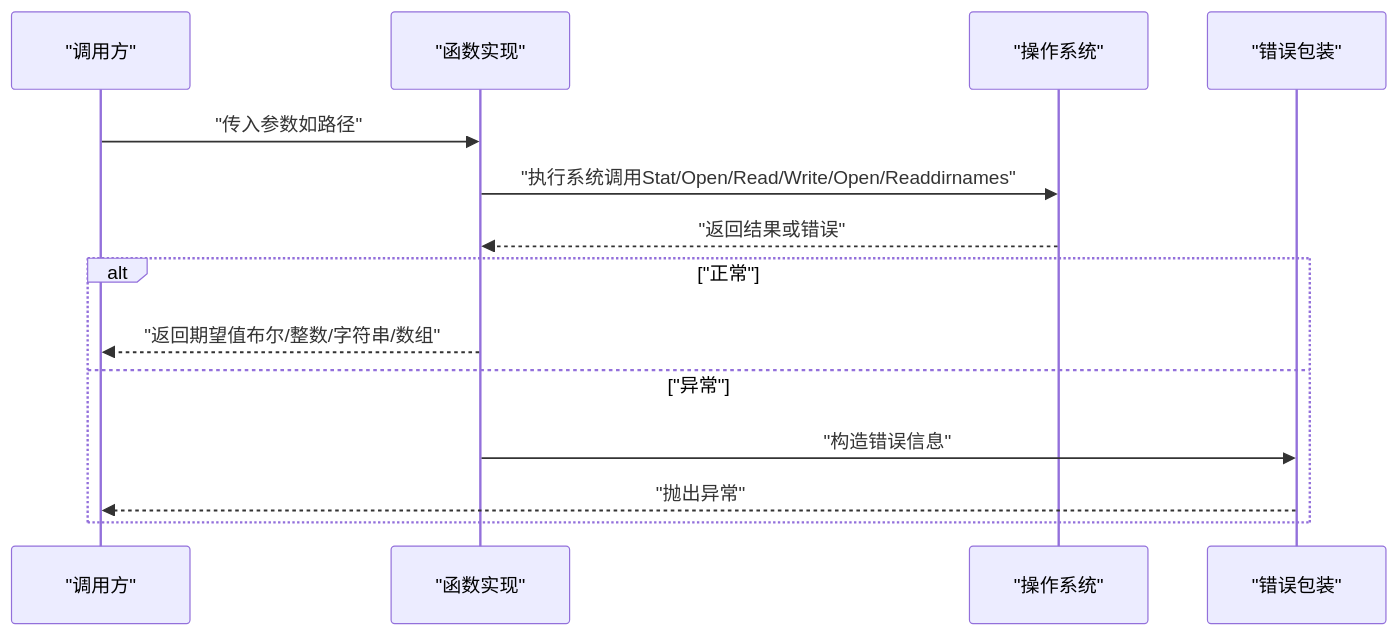
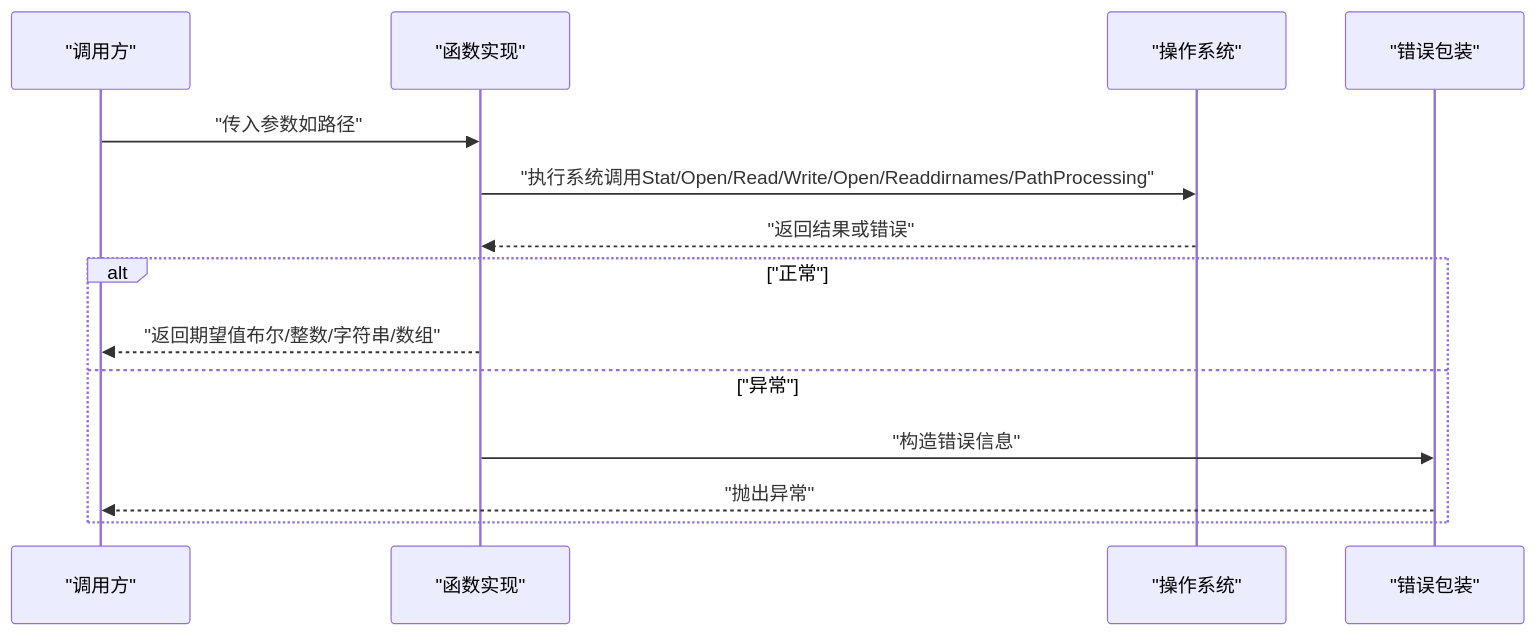
Before and after one commit to php-any/origami: the second of 9 diagrams in .qoder/repowiki/zh/content/PHP集成/PHP标准库/文件系统函数.md, drawn with Mermaid. The commit also changed other lines of this file and 21 other files, not shown here.

````diff
--- a/.qoder/repowiki/zh/content/PHP集成/PHP标准库/文件系统函数.md
+++ b/.qoder/repowiki/zh/content/PHP集成/PHP标准库/文件系统函数.md
@@ -111,16 +114,16 @@
 ```mermaid
 sequenceDiagram
 participant U as "调用方"
 participant F as "函数实现"
 participant OS as "操作系统"
 participant E as "错误包装"
 U->>F : "传入参数如路径"
-F->>OS : "执行系统调用Stat/Open/Read/Write/Open/Readdirnames"
+F->>OS : "执行系统调用Stat/Open/Read/Write/Open/Readdirnames/PathProcessing"
 OS-->>F : "返回结果或错误"
 alt "正常"
 F-->>U : "返回期望值布尔/整数/字符串/数组"
 else "异常"
 F->>E : "构造错误信息"
 E-->>U : "抛出异常"
 end
 ```
````
